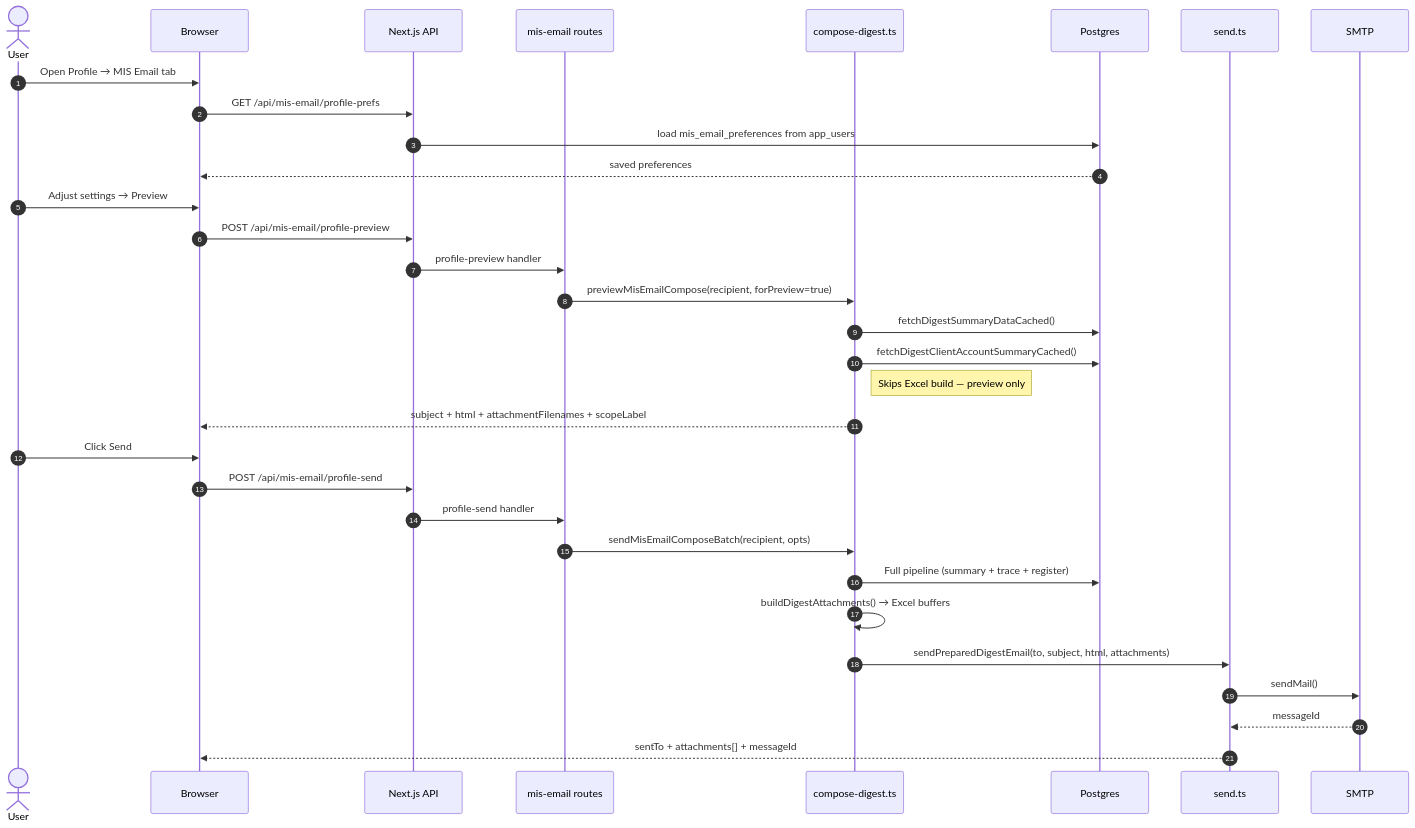
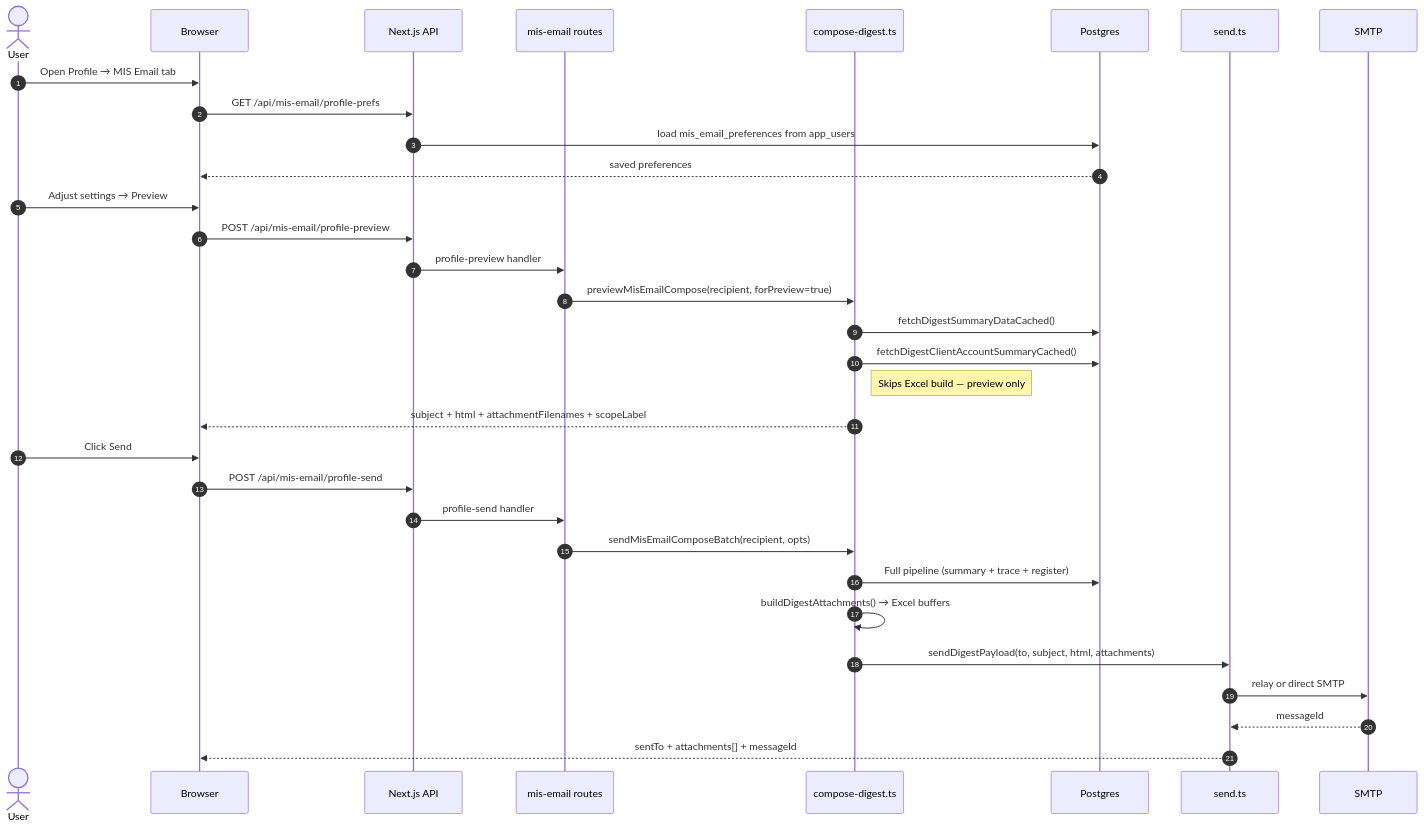
The diagram in docs/diagrams/02-4-manual-email-compose.mmd (Vishun-Projects/wrl-dashboard), drawn with Mermaid before and after one commit. The commit also changed 137 other files, not shown here.

```diff
--- a/docs/diagrams/02-4-manual-email-compose.mmd
+++ b/docs/diagrams/02-4-manual-email-compose.mmd
@@ -1,35 +1,35 @@
 sequenceDiagram
     autonumber
     actor User
     participant Browser
     participant NextJS as Next.js API
     participant RouteHandler as mis-email routes
     participant Compose as compose-digest.ts
     participant Postgres
     participant Send as send.ts
     participant SMTP
 
     User->>Browser: Open Profile → MIS Email tab
     Browser->>NextJS: GET /api/mis-email/profile-prefs
     NextJS->>Postgres: load mis_email_preferences from app_users
     Postgres-->>Browser: saved preferences
 
     User->>Browser: Adjust settings → Preview
     Browser->>NextJS: POST /api/mis-email/profile-preview
     NextJS->>RouteHandler: profile-preview handler
     RouteHandler->>Compose: previewMisEmailCompose(recipient, forPreview=true)
     Compose->>Postgres: fetchDigestSummaryDataCached()
     Compose->>Postgres: fetchDigestClientAccountSummaryCached()
     Note right of Compose: Skips Excel build — preview only
     Compose-->>Browser: subject + html + attachmentFilenames + scopeLabel
 
     User->>Browser: Click Send
     Browser->>NextJS: POST /api/mis-email/profile-send
     NextJS->>RouteHandler: profile-send handler
     RouteHandler->>Compose: sendMisEmailComposeBatch(recipient, opts)
     Compose->>Postgres: Full pipeline (summary + trace + register)
     Compose->>Compose: buildDigestAttachments() → Excel buffers
-    Compose->>Send: sendPreparedDigestEmail(to, subject, html, attachments)
-    Send->>SMTP: sendMail()
+    Compose->>Send: sendDigestPayload(to, subject, html, attachments)
+    Send->>SMTP: relay or direct SMTP
     SMTP-->>Send: messageId
     Send-->>Browser: sentTo + attachments[] + messageId
```
